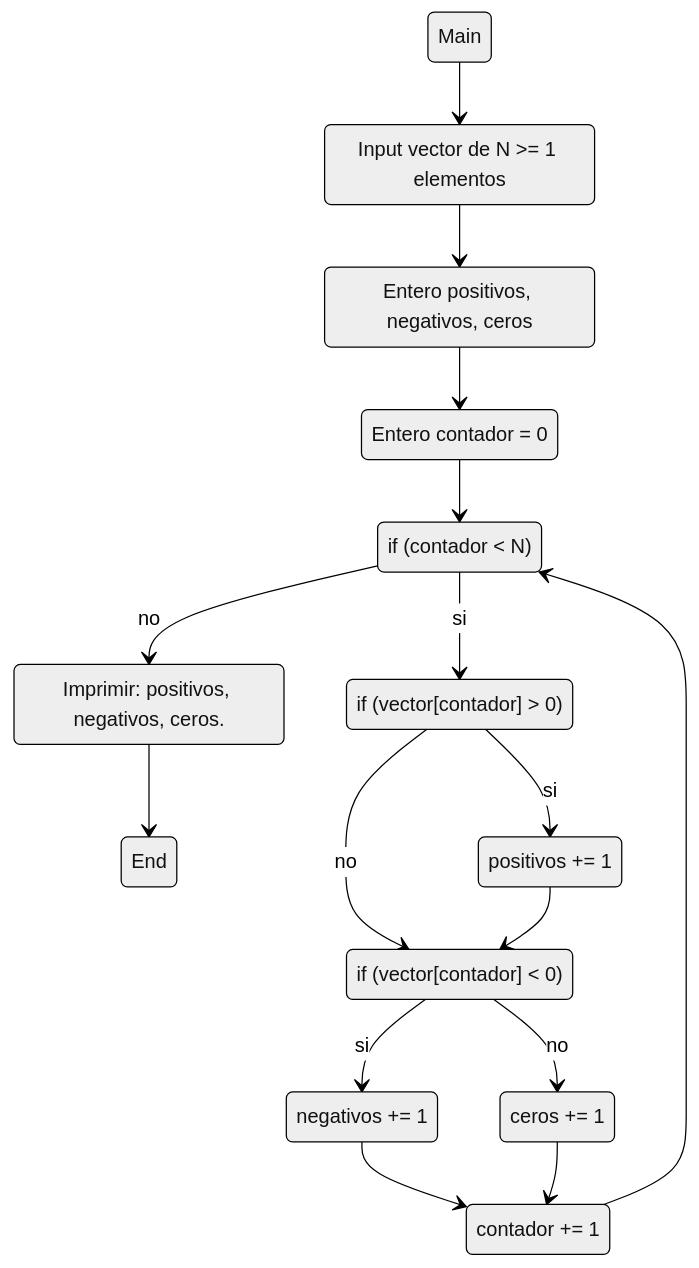
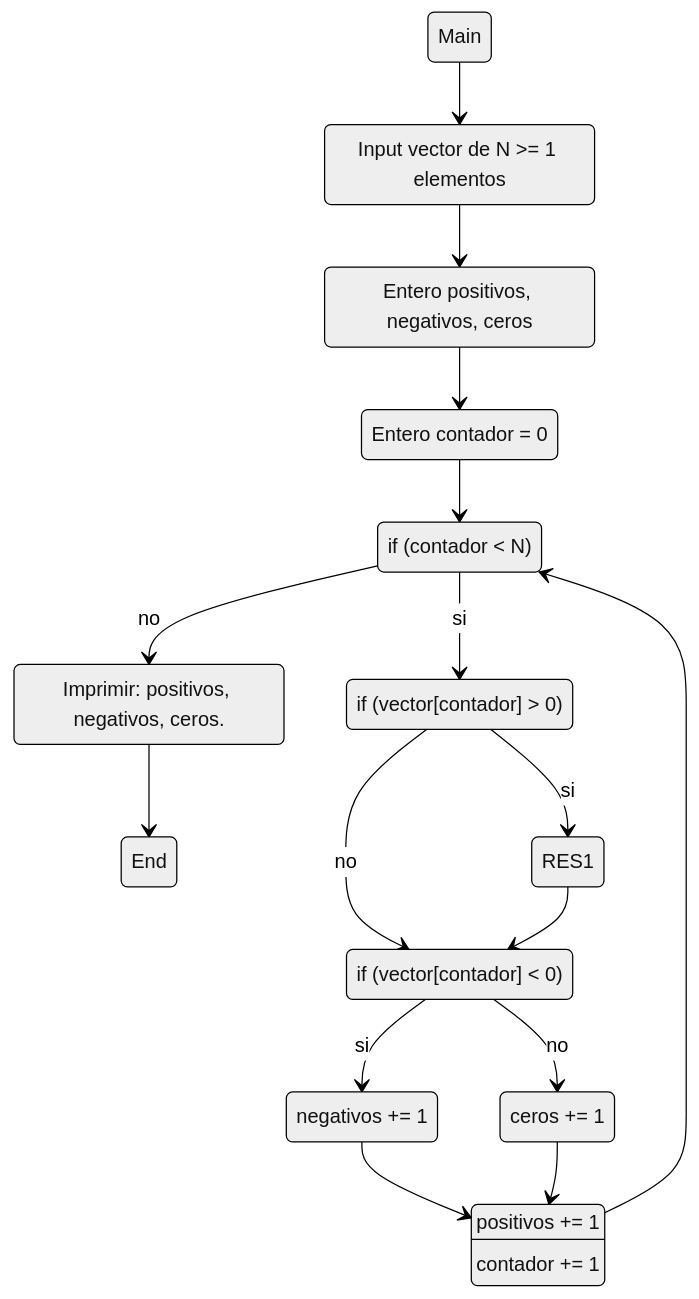
Before and after one commit to ValentinJM/TP-8: the diagram in Ejercicios TP8 bis/1.md, drawn with Mermaid (neutral theme).

Commit message:
Corrección

````diff
--- a/Ejercicios TP8 bis/1.md
+++ b/Ejercicios TP8 bis/1.md
@@ -3,33 +3,33 @@
 ```mermaid
 stateDiagram-v2
 state "Input vector de N >= 1 elementos" as IN1
 state "Entero positivos, negativos, ceros" as DEC1
 state "Entero contador = 0" as DEF1
 state "if (contador < N)" as COND1
 state "if (vector[contador] > 0)" as COND2
 state "if (vector[contador] < 0)" as COND3
-state "positivos += 1" as RES1
+state "positivos += 1" as RES4
 state "negativos += 1" as RES2
 state "ceros += 1" as RES3
 state "contador += 1" as RES4
 state "Imprimir: positivos, negativos, ceros." as OUT1
     Main --> IN1
     IN1 --> DEC1
     DEC1 --> DEF1
     DEF1 --> COND1
     COND1 --> OUT1 : no
     COND1 --> COND2 : si
     COND2 --> COND3 : no
     COND2 --> RES1 : si
     RES1 --> COND3
     COND3 --> RES2 : si
     COND3 --> RES3 : no
     RES2 --> RES4
     RES3 --> RES4
     
     RES4 --> COND1
     OUT1 --> End
     
     
     
 ```
````
